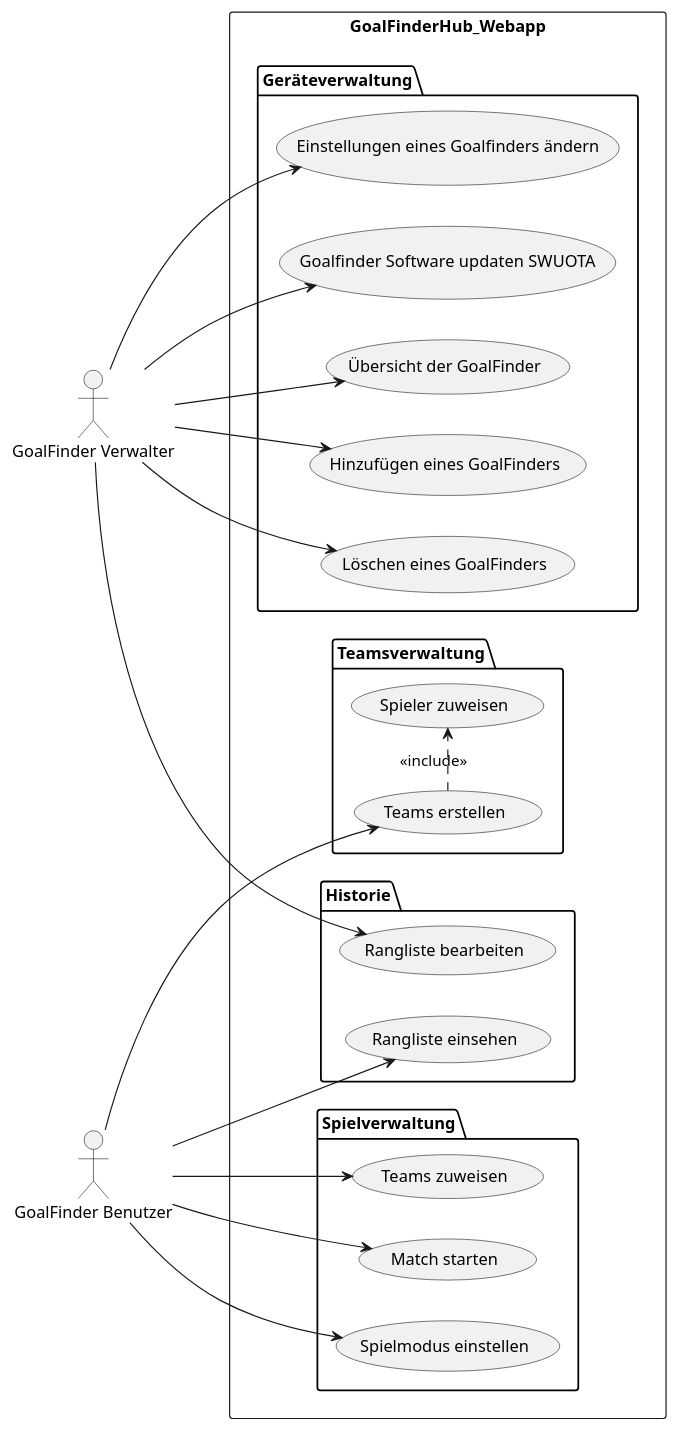
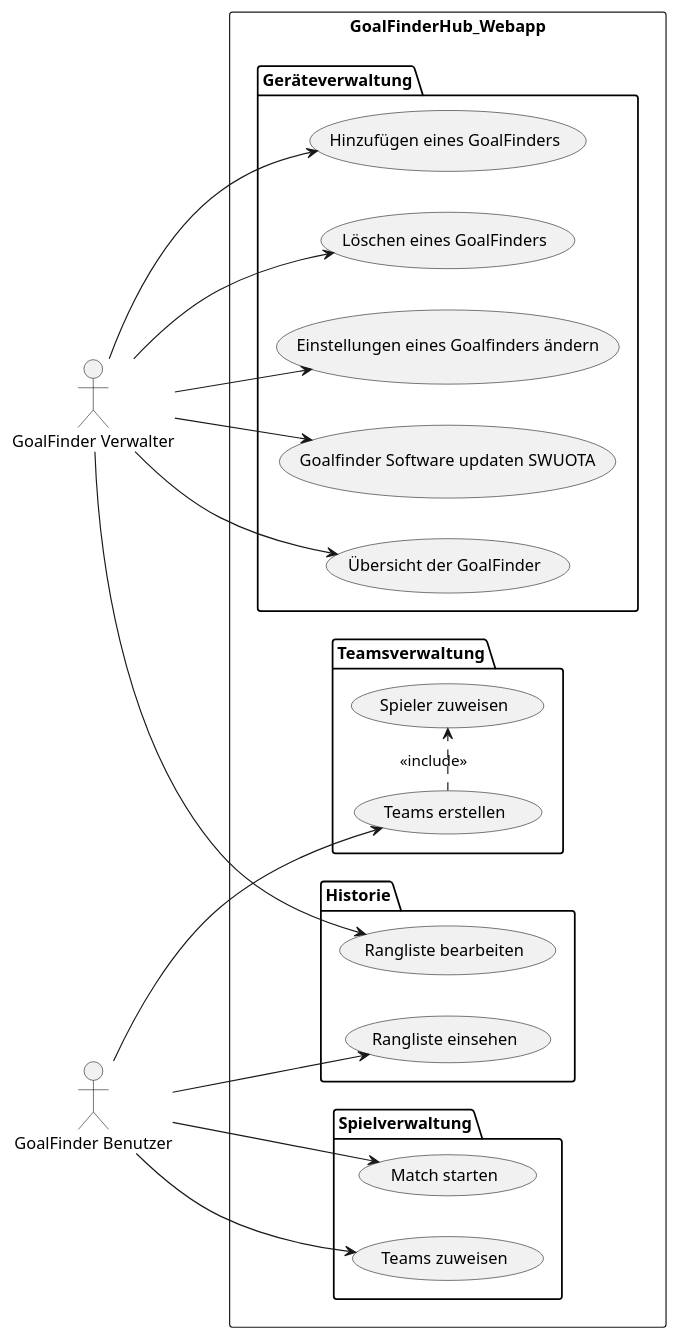
One commit to 2425-3BHIF-WMC-SYP/GoalFinderHub changed the diagram in UCD.puml. Above: the diagram before and after it, drawn with PlantUML. The commit also changed 1 other file, not shown here.

```diff
--- a/UCD.puml
+++ b/UCD.puml
@@ -1,42 +1,40 @@
 @startuml UCD
 left to right direction
 
 rectangle GoalFinderHub_Webapp {
     package "Geräteverwaltung" {
         (Übersicht der GoalFinder)
         (Hinzufügen eines GoalFinders)
         (Löschen eines GoalFinders)
         (Einstellungen eines Goalfinders ändern)
         (Goalfinder Software updaten SWUOTA)
     }
     package "Spielverwaltung" {
-        (Spielmodus einstellen)
         (Teams zuweisen)
         (Match starten)
     }
     package "Historie" {
         (Rangliste einsehen)
         (Rangliste bearbeiten)
     }
     package "Teamsverwaltung" {
         (Teams erstellen)
         (Spieler zuweisen)
     }
 }
 
 :GoalFinder Verwalter: --> (Übersicht der GoalFinder)
 :GoalFinder Verwalter: --> (Hinzufügen eines GoalFinders)
 :GoalFinder Verwalter: --> (Löschen eines GoalFinders)
 :GoalFinder Verwalter: --> (Einstellungen eines Goalfinders ändern)
 :GoalFinder Verwalter: --> (Goalfinder Software updaten SWUOTA)
 
-:GoalFinder Benutzer: --> (Spielmodus einstellen)
 :GoalFinder Benutzer: --> (Teams erstellen)
 :GoalFinder Benutzer: --> (Teams zuweisen)
 :GoalFinder Benutzer: --> (Match starten)
 :GoalFinder Benutzer: --> (Rangliste einsehen)
 :GoalFinder Verwalter: --> (Rangliste bearbeiten)
 
 
 (Teams erstellen) .> (Spieler zuweisen) : <<include>>
 @enduml
```
